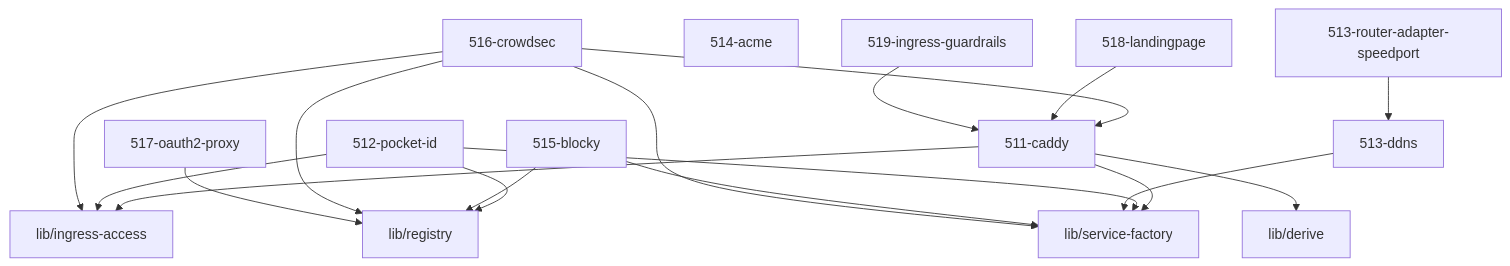
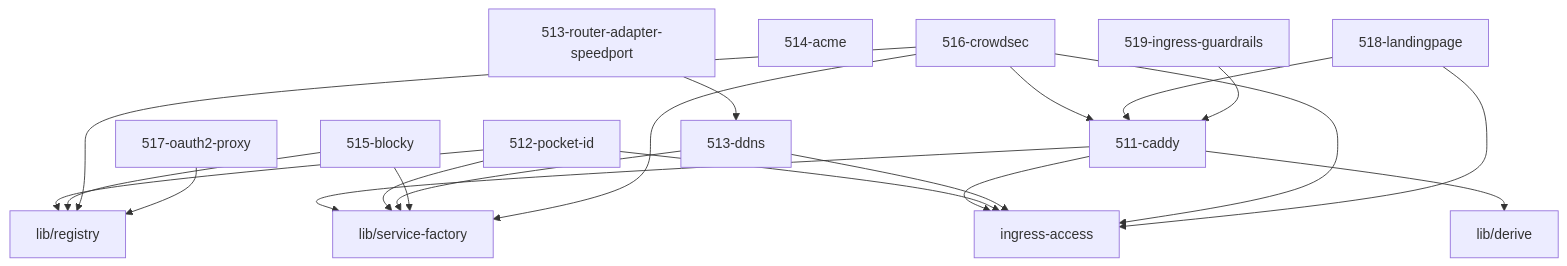
One commit to grapefruit89/mediNix-core changed the diagram in 51-ingress/AGENTS.md. Above: the diagram before and after it, drawn with Mermaid. The commit also changed other lines of this file and 29 other files, not shown here.

Commit message:
refactor(lib): relocate domain-specific helpers (ingress-access, creds, arr-settings) to domains

````diff
--- a/51-ingress/AGENTS.md
+++ b/51-ingress/AGENTS.md
@@ -167,21 +168,24 @@
 ```mermaid
 graph TD
   511_caddy["511-caddy"] --> derive["lib/derive"]
-  511_caddy["511-caddy"] --> ingress_access["lib/ingress-access"]
+  511_caddy["511-caddy"] --> ingress_access["51-ingress/ingress-access"]
   511_caddy["511-caddy"] --> service_factory["lib/service-factory"]
-  512_pocket_id["512-pocket-id"] --> ingress_access["lib/ingress-access"]
+  512_pocket_id["512-pocket-id"] --> ingress_access["51-ingress/ingress-access"]
   512_pocket_id["512-pocket-id"] --> registry["lib/registry"]
   512_pocket_id["512-pocket-id"] --> service_factory["lib/service-factory"]
   513_ddns["513-ddns"] --> service_factory["lib/service-factory"]
+  513_ddns["513-ddns"] --> ingress_access["51-ingress/ingress-access"]
   513_router_adapter_speedport["513-router-adapter-speedport"] --> 513_ddns["513-ddns"]
   514_acme["514-acme"]
   515_blocky["515-blocky"] --> registry["lib/registry"]
   515_blocky["515-blocky"] --> service_factory["lib/service-factory"]
-  516_crowdsec["516-crowdsec"] --> ingress_access["lib/ingress-access"]
+  516_crowdsec["516-crowdsec"] --> ingress_access["51-ingress/ingress-access"]
   516_crowdsec["516-crowdsec"] --> service_factory["lib/service-factory"]
   516_crowdsec["516-crowdsec"] --> registry["lib/registry"]
   516_crowdsec["516-crowdsec"] --> 511_caddy["51-ingress/511-caddy"]
   517_oauth2_proxy["517-oauth2-proxy"] --> registry["lib/registry"]
   518_landingpage["518-landingpage"] --> 511_caddy["511-caddy"]
+  518_landingpage["518-landingpage"] --> ingress_access["51-ingress/ingress-access"]
   519_ingress_guardrails["519-ingress-guardrails"] --> 511_caddy["511-caddy"]
+  ingress_access["ingress-access"]
 ```
````
